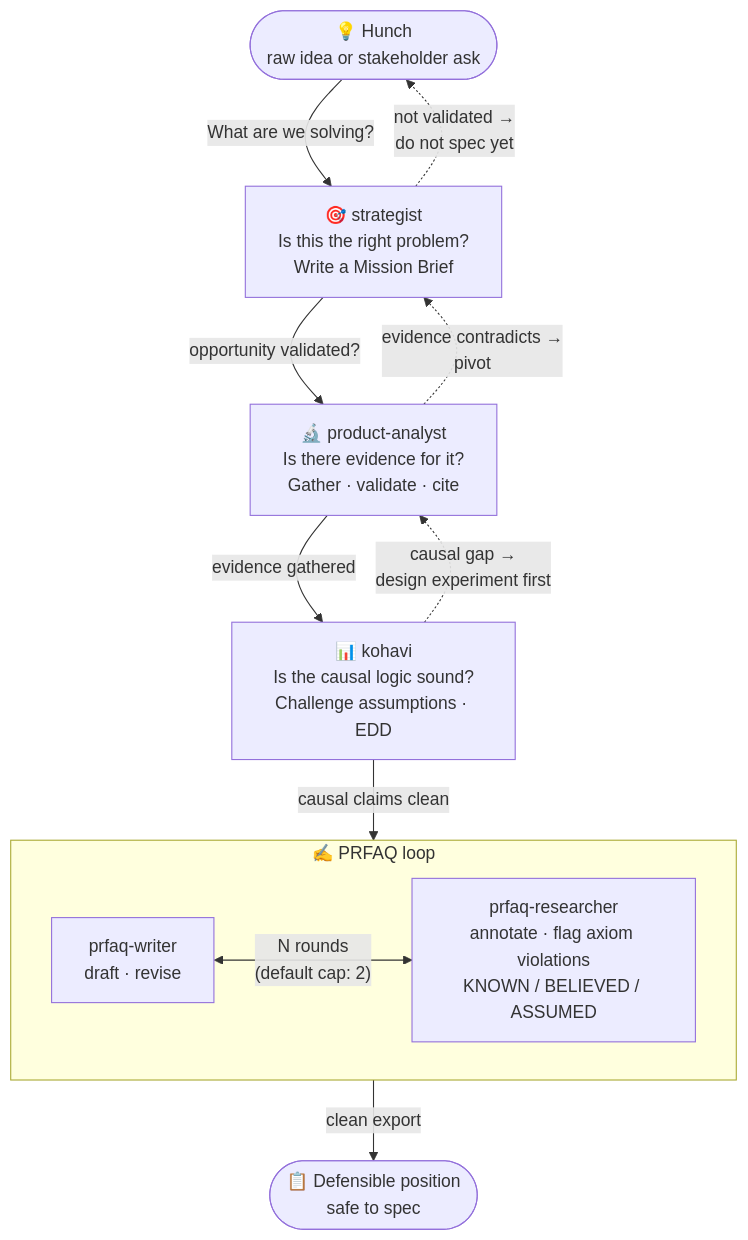
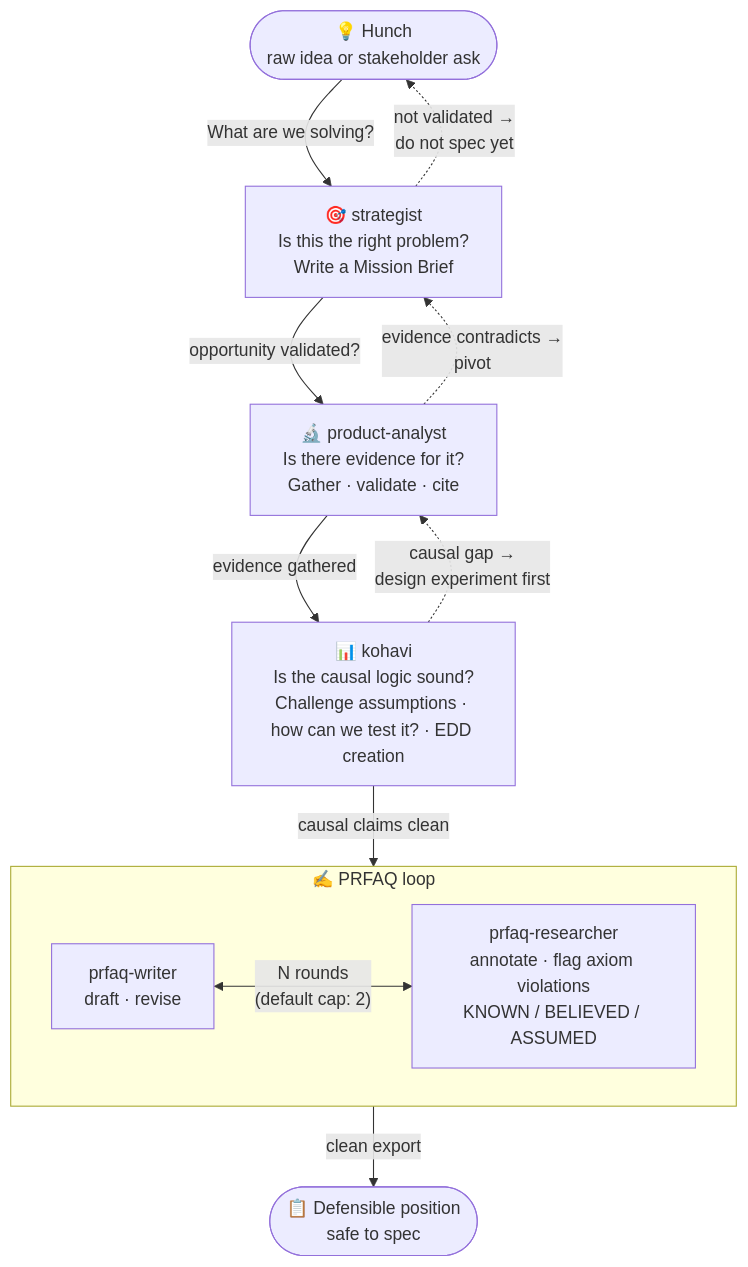
Before and after one commit to therestofeden/product-thinking: the fifth of 5 diagrams in my-claude4product-setup/org-chart.md, drawn with Mermaid.

Commit message:
fix(org-chart): expand kohavi node label in diagram 5

````diff
--- a/my-claude4product-setup/org-chart.md
+++ b/my-claude4product-setup/org-chart.md
@@ -197,26 +197,26 @@
 ```mermaid
 flowchart TD
     HUNCH(["💡 Hunch\nraw idea or stakeholder ask"])
 
     STR["🎯 strategist\nIs this the right problem?\nWrite a Mission Brief"]
     PA["🔬 product-analyst\nIs there evidence for it?\nGather · validate · cite"]
-    KOH["📊 kohavi\nIs the causal logic sound?\nChallenge assumptions · EDD"]
+    KOH["📊 kohavi\nIs the causal logic sound?\nChallenge assumptions · how can we test it? · EDD creation"]
 
     subgraph PRFAQ["✍️ PRFAQ loop"]
         PW["prfaq-writer\ndraft · revise"]
         PR["prfaq-researcher\nannotate · flag axiom violations\nKNOWN / BELIEVED / ASSUMED"]
         PW <-->|"N rounds\n(default cap: 2)"| PR
     end
 
     READY(["📋 Defensible position\nsafe to spec"])
 
     HUNCH -->|"What are we solving?"| STR
     STR -->|"opportunity validated?"| PA
     PA -->|"evidence gathered"| KOH
     KOH -->|"causal claims clean"| PRFAQ
     PRFAQ -->|"clean export"| READY
 
     STR -.->|"not validated →\ndo not spec yet"| HUNCH
     PA -.->|"evidence contradicts →\npivot"| STR
     KOH -.->|"causal gap →\ndesign experiment first"| PA
 ```
````
